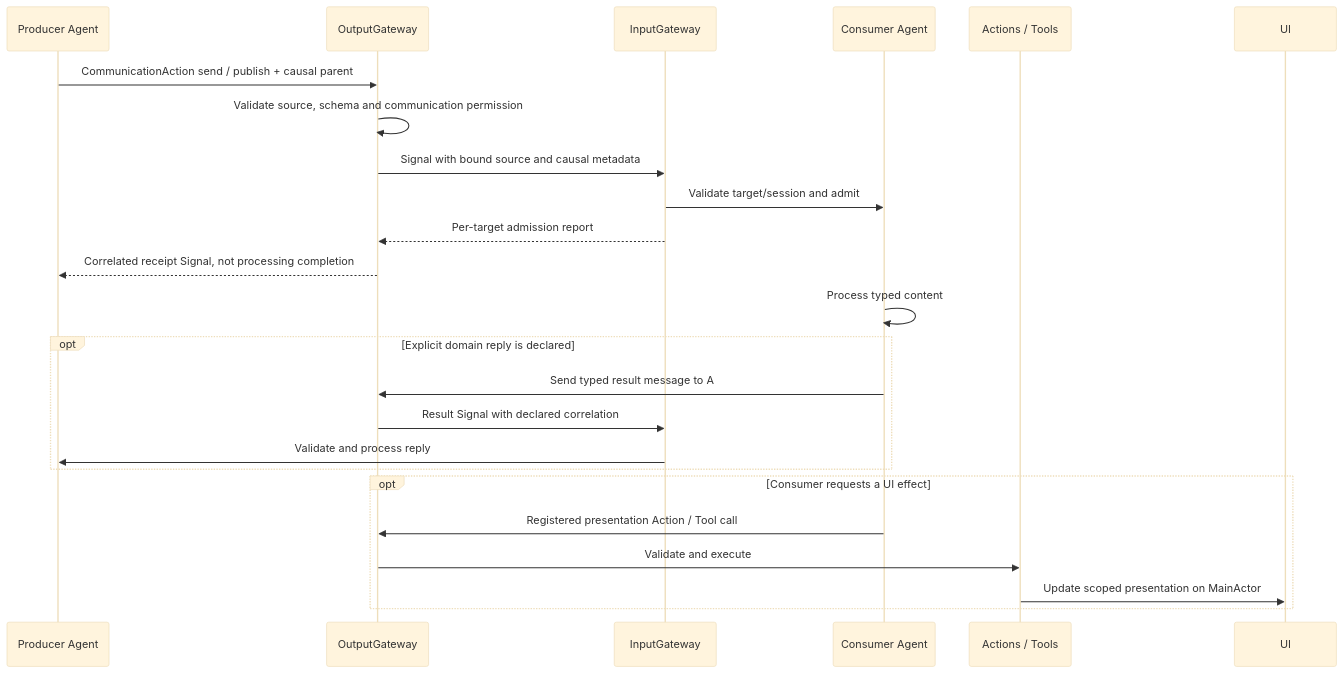
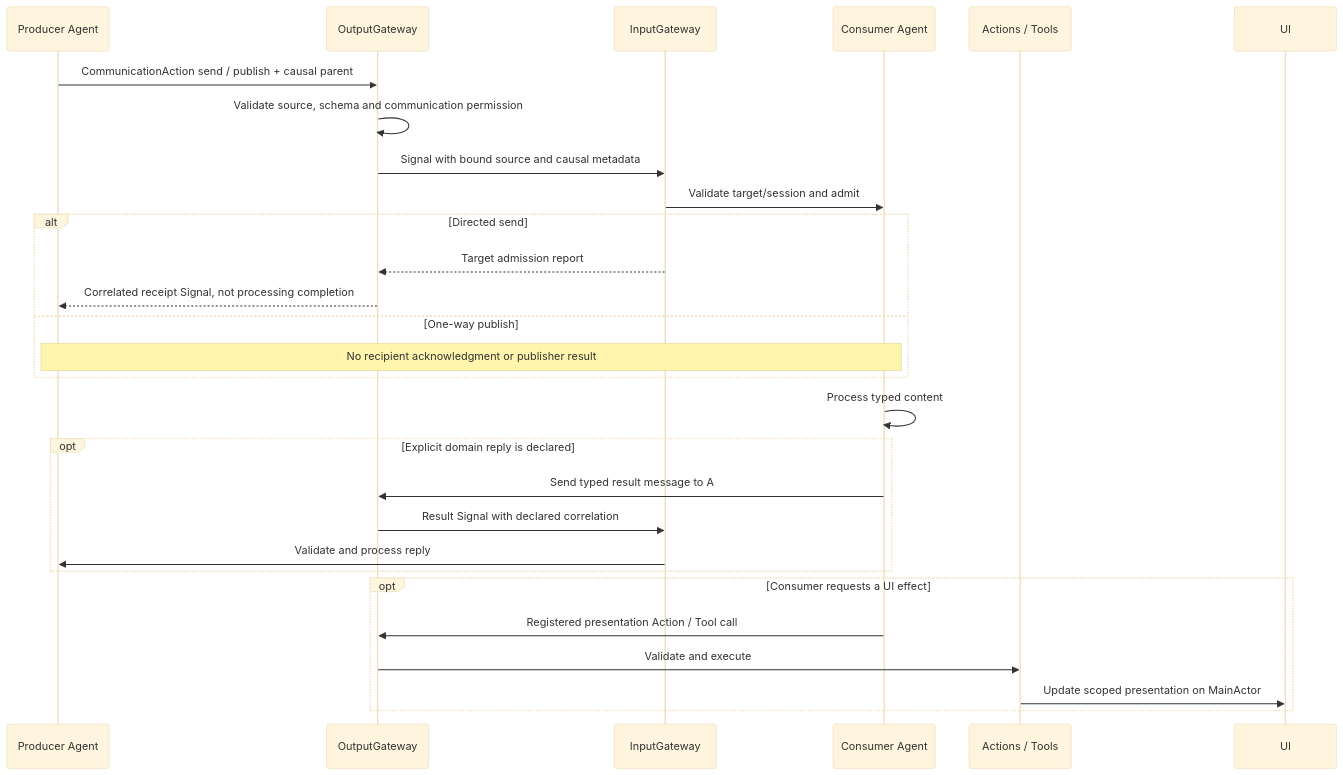
Before and after one commit to devilyouwei/MobileHarness: diagram 28 of 33 in MobileHarness/README.md, drawn with Mermaid (base theme). The commit also changed other lines of this file and 116 other files, not shown here.

````diff
--- a/MobileHarness/README.md
+++ b/MobileHarness/README.md
@@ -1151,26 +1576,30 @@
 ```mermaid
 sequenceDiagram
     participant A as Producer Agent
     participant Output as OutputGateway
     participant Input as InputGateway
     participant B as Consumer Agent
     participant Effects as Actions / Tools
     participant UI
     A->>Output: CommunicationAction send / publish + causal parent
     Output->>Output: Validate source, schema and communication permission
     Output->>Input: Signal with bound source and causal metadata
     Input->>B: Validate target/session and admit
-    Input-->>Output: Per-target admission report
-    Output-->>A: Correlated receipt Signal, not processing completion
+    alt Directed send
+        Input-->>Output: Target admission report
+        Output-->>A: Correlated receipt Signal, not processing completion
+    else One-way publish
+        Note over A,B: No recipient acknowledgment or publisher result
+    end
     B->>B: Process typed content
     opt Explicit domain reply is declared
         B->>Output: Send typed result message to A
         Output->>Input: Result Signal with declared correlation
         Input->>A: Validate and process reply
     end
     opt Consumer requests a UI effect
         B->>Output: Registered presentation Action / Tool call
         Output->>Effects: Validate and execute
         Effects->>UI: Update scoped presentation on MainActor
     end
 ```
````
